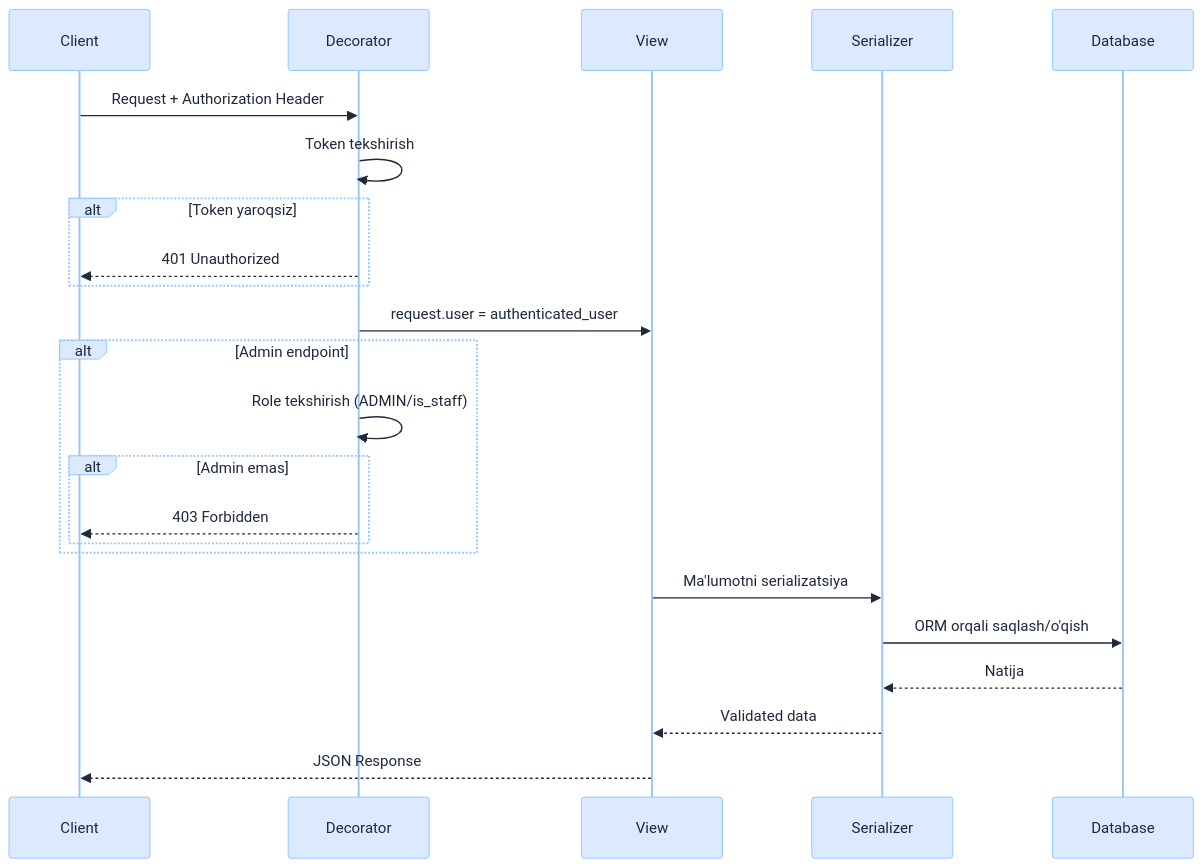
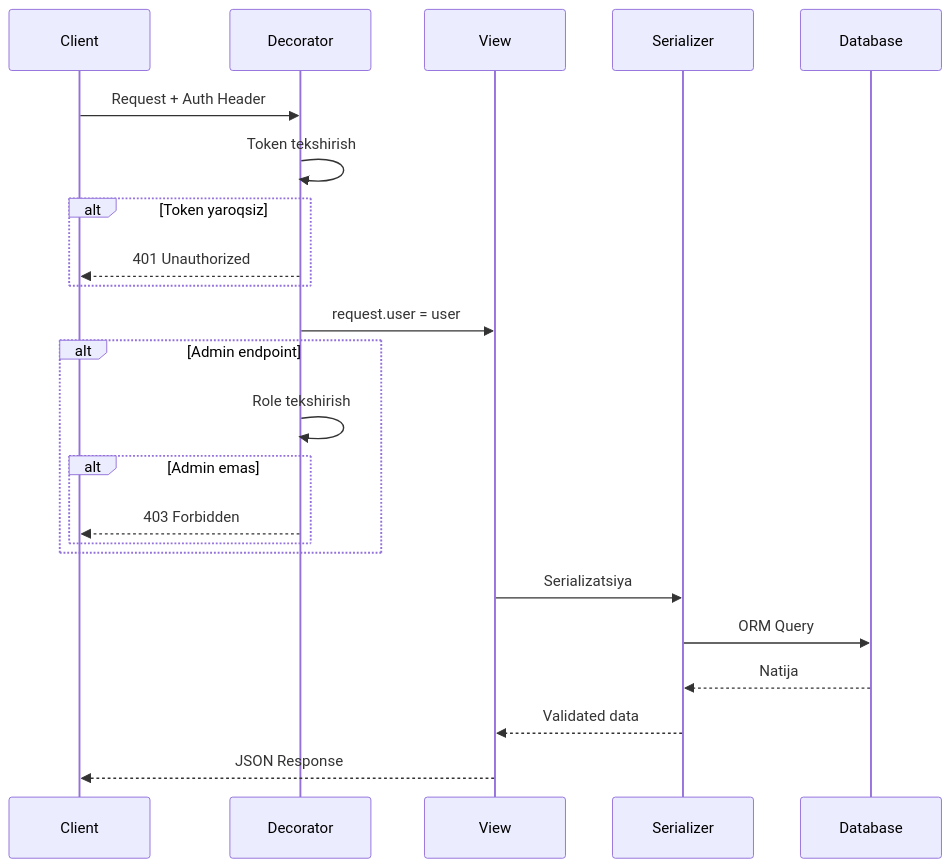
The seventh of 18 diagrams in README.md (khismoiloff/BrpAvtoTest), drawn with Mermaid before and after one commit. The commit also changed other lines of this file, not shown here.

````diff
--- a/README.md
+++ b/README.md
@@ -432,27 +425,27 @@
 ```mermaid
-%%{init: {'theme': 'base', 'themeVariables': {'background': '#ffffff', 'primaryColor': '#dbeafe', 'primaryTextColor': '#1e293b', 'primaryBorderColor': '#93c5fd', 'lineColor': '#64748b', 'secondaryColor': '#fef3c7', 'tertiaryColor': '#ede9fe', 'fontFamily': 'sans-serif'}}}%%
+%%{init: {'theme': 'default'}}%%
 sequenceDiagram
     participant C as Client
     participant D as Decorator
     participant V as View
     participant S as Serializer
     participant DB as Database
 
-    C->>D: Request + Authorization Header
+    C->>D: Request + Auth Header
     D->>D: Token tekshirish
     alt Token yaroqsiz
         D-->>C: 401 Unauthorized
     end
-    D->>V: request.user = authenticated_user
+    D->>V: request.user = user
     alt Admin endpoint
-        D->>D: Role tekshirish (ADMIN/is_staff)
+        D->>D: Role tekshirish
         alt Admin emas
             D-->>C: 403 Forbidden
         end
     end
-    V->>S: Ma'lumotni serializatsiya
-    S->>DB: ORM orqali saqlash/o'qish
+    V->>S: Serializatsiya
+    S->>DB: ORM Query
     DB-->>S: Natija
     S-->>V: Validated data
     V-->>C: JSON Response
 ```
````
